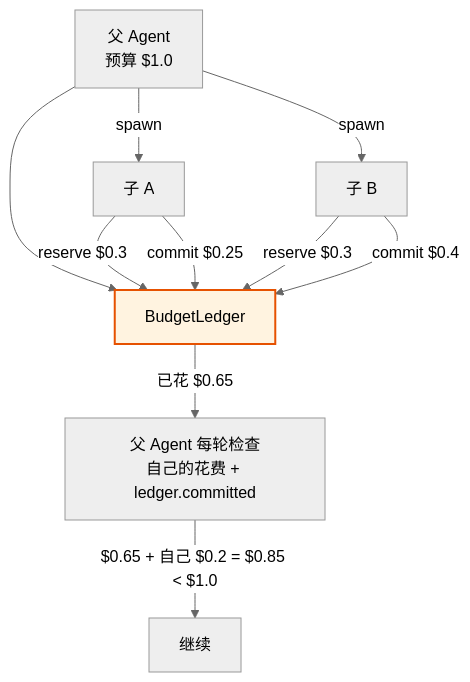
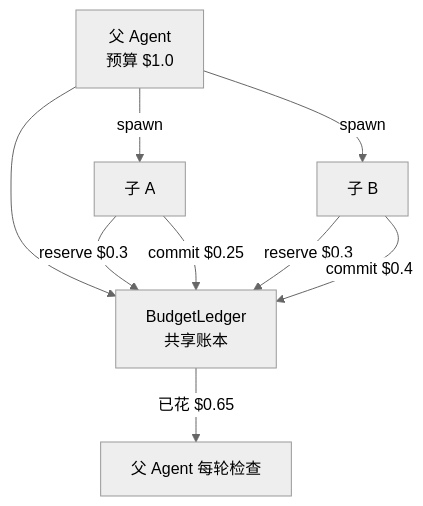
The fourth of 5 diagrams in docs/tour/07-multiagent.md (limenagent/prodagent), drawn with Mermaid (neutral theme) before and after one commit. The commit also changed other lines of this file and 28 other files, not shown here.

````diff
--- a/docs/tour/07-multiagent.md
+++ b/docs/tour/07-multiagent.md
@@ -228,16 +348,11 @@
 ```mermaid
 graph TD
-    Parent["父 Agent<br/>预算 $1.0"] --> Ledger["BudgetLedger"]
+    Parent["父 Agent<br/>预算 $1.0"] --> Ledger["BudgetLedger<br/>共享账本"]
     Parent -->|spawn| ChildA["子 A"]
     Parent -->|spawn| ChildB["子 B"]
-
     ChildA -->|reserve $0.3| Ledger
     ChildB -->|reserve $0.3| Ledger
     ChildA -->|commit $0.25| Ledger
     ChildB -->|commit $0.4| Ledger
-
-    Ledger -->|已花 $0.65| ParentCheck["父 Agent 每轮检查<br/>自己的花费 + ledger.committed"]
-    ParentCheck -->|$0.65 + 自己 $0.2 = $0.85 < $1.0| OK["继续"]
-
-    style Ledger fill:#fff3e0,stroke:#e65100,stroke-width:2px
+    Ledger -->|已花 $0.65| ParentCheck["父 Agent 每轮检查"]
 ```
````
